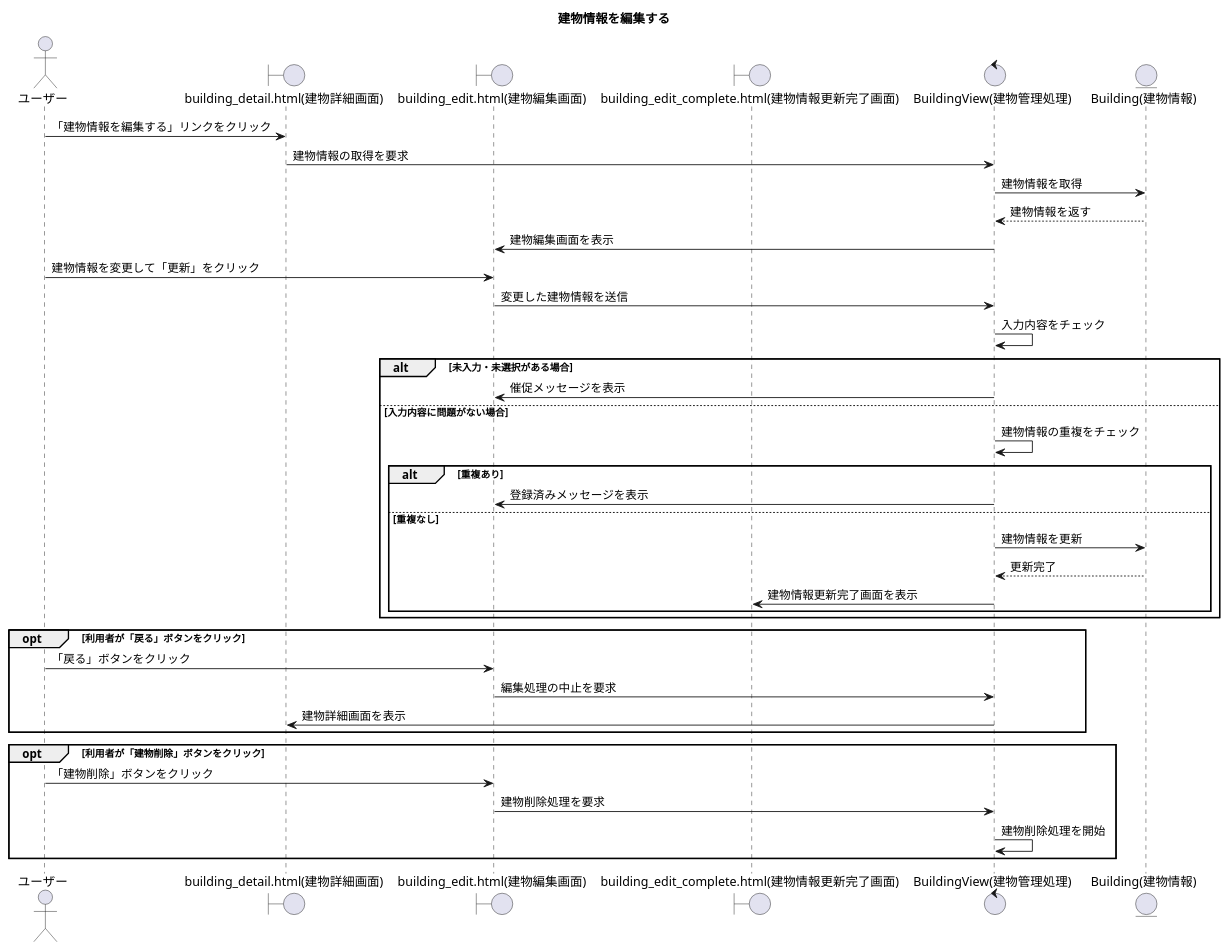
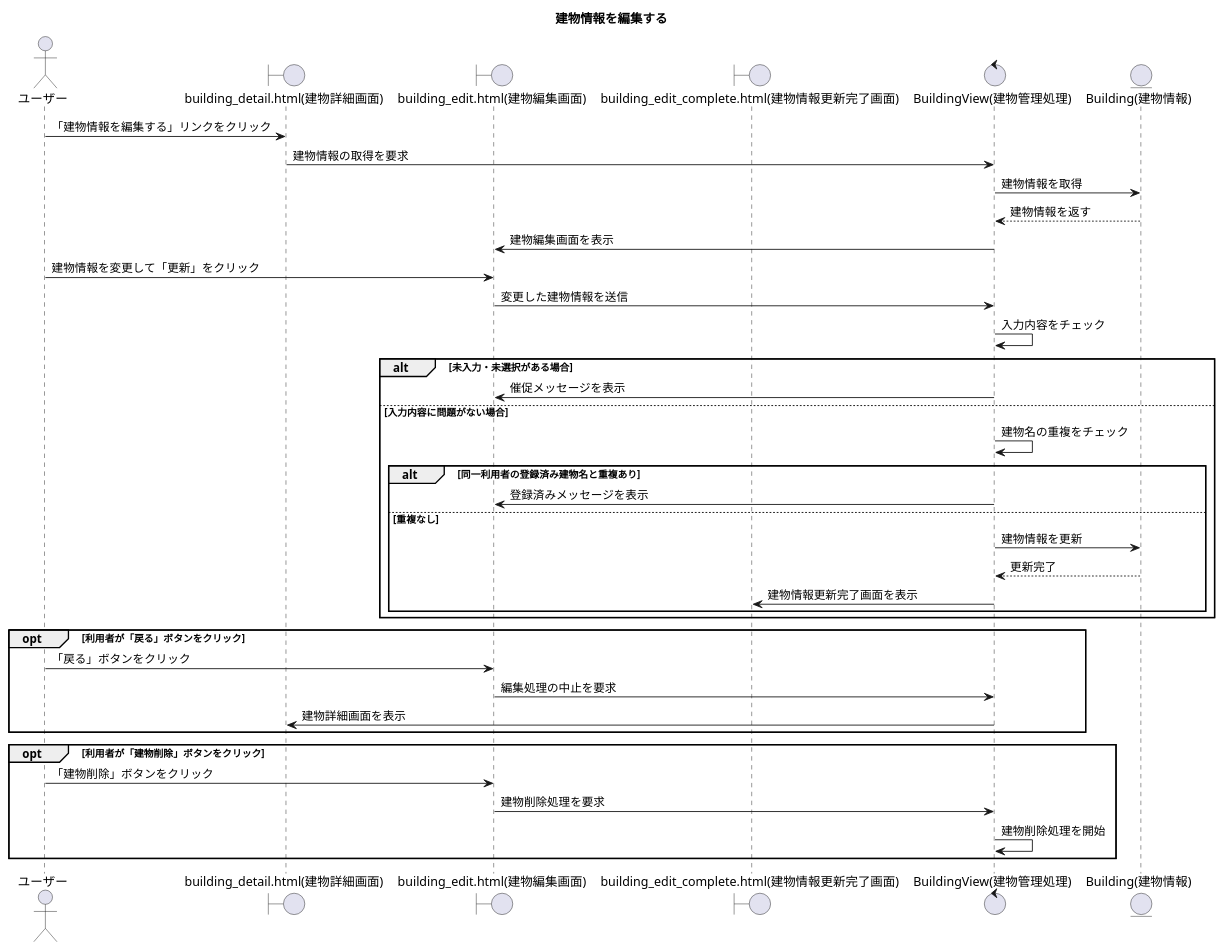
Before and after one commit to Kotarou-Tanoue/tanouesoftware: diagram 13 of 17 in 20_システム設計書/図24_シーケンス.puml, drawn with PlantUML. The commit also changed other lines of this file and 3 other files, not shown here.

```diff
--- a/20_システム設計書/図24_シーケンス.puml
+++ b/20_システム設計書/図24_シーケンス.puml
@@ -627,53 +694,53 @@
 @startuml 建物情報を編集する
     title 建物情報を編集する
 
     actor "ユーザー" as u
     boundary "building_detail.html(建物詳細画面)" as bd
     boundary "building_edit.html(建物編集画面)" as be
     boundary "building_edit_complete.html(建物情報更新完了画面)" as bec
     control "BuildingView(建物管理処理)" as bv
     entity "Building(建物情報)" as b
 
     u -> bd : 「建物情報を編集する」リンクをクリック
     bd -> bv : 建物情報の取得を要求
 
     bv -> b : 建物情報を取得
     b --> bv : 建物情報を返す
 
     bv -> be : 建物編集画面を表示
 
     u -> be : 建物情報を変更して「更新」をクリック
     be -> bv : 変更した建物情報を送信
 
     bv -> bv : 入力内容をチェック
 
     alt 未入力・未選択がある場合
         bv -> be : 催促メッセージを表示
 
     else 入力内容に問題がない場合
-        bv -> bv : 建物情報の重複をチェック
+        bv -> bv : 建物名の重複をチェック
 
-        alt 重複あり
+        alt 同一利用者の登録済み建物名と重複あり
             bv -> be : 登録済みメッセージを表示
 
         else 重複なし
             bv -> b : 建物情報を更新
             b --> bv : 更新完了
 
             bv -> bec : 建物情報更新完了画面を表示
         end
     end
 
     opt 利用者が「戻る」ボタンをクリック
         u -> be : 「戻る」ボタンをクリック
         be -> bv : 編集処理の中止を要求
         bv -> bd : 建物詳細画面を表示
     end
 
     opt 利用者が「建物削除」ボタンをクリック
         u -> be : 「建物削除」ボタンをクリック
         be -> bv : 建物削除処理を要求
         bv -> bv : 建物削除処理を開始
     end
 
 @enduml
```
